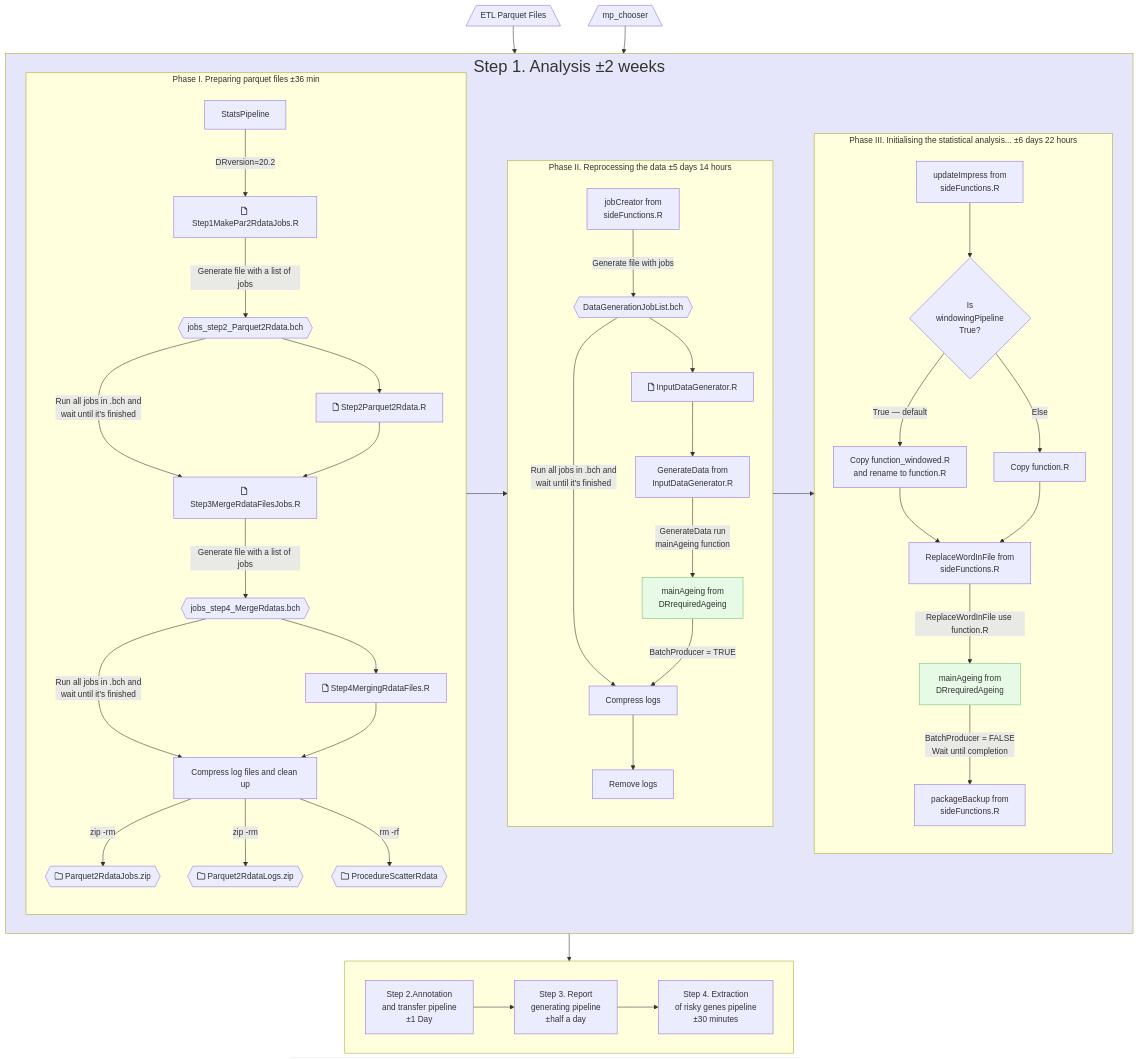
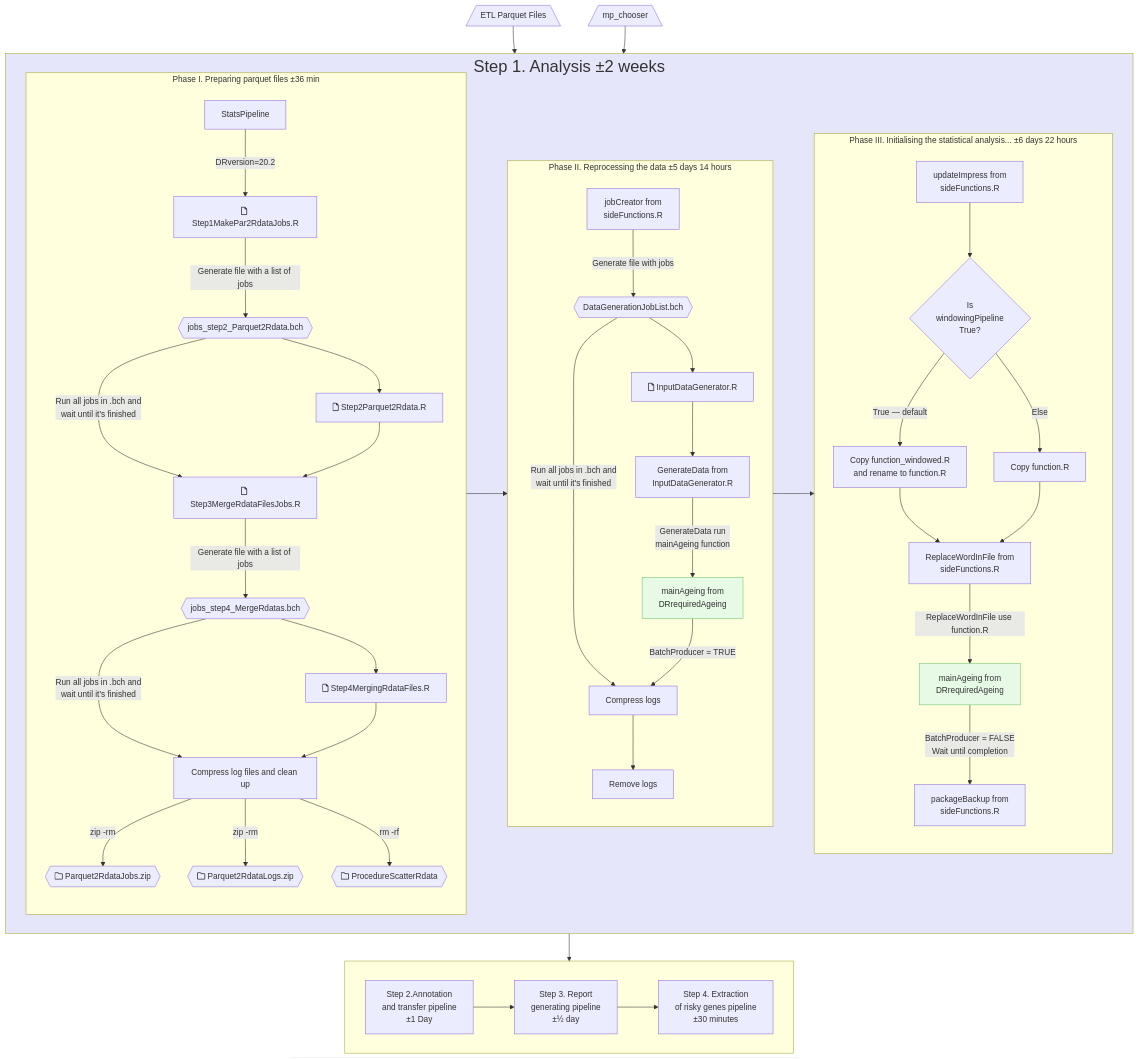
One commit to mpi2/impc_stats_pipeline changed the diagram in README.md. Above: the diagram before and after it, drawn with Mermaid. The commit also changed other lines of this file, not shown here.

````diff
--- a/README.md
+++ b/README.md
@@ -10,62 +10,62 @@
 ```mermaid
 %%{init: {
     "theme": "default",
     "themeVariables": {
         "fontSize": "15px"
         },
     'sequence': {'useMaxWidth':false} } }%%
 flowchart TB
     subgraph stats_pipeline [Step 1. Analysis ±2 weeks]
     style stats_pipeline fill:#E6E6FA
     style main_ageing fill:#E6FAE6,stroke:#6FC56D
     style main_ageing_phase3 fill:#E6FAE6,stroke:#6FC56D
     direction LR
         subgraph phase1 [Phase I. Preparing parquet files ±36 min]
             direction TB
             inputStatsPipeline[StatsPipeline]-->|DRversion=20.2| step1[far:fa-file Step1MakePar2RdataJobs.R]
             step1 --> |Generate file with a list of jobs| step2_parquet2rdata{{jobs_step2_Parquet2Rdata.bch}}
             step2_parquet2rdata --> step2[far:fa-file Step2Parquet2Rdata.R] 
             step2_parquet2rdata --> |Run all jobs in .bch and \nwait until it's finished| step3[far:fa-file Step3MergeRdataFilesJobs.R]
             step2 --> step3
             step3 --> |Generate file with a list of jobs| step4_merge_rdatas{{jobs_step4_MergeRdatas.bch}}
             step4_merge_rdatas --> step4[far:fa-file Step4MergingRdataFiles.R] 
             step4_merge_rdatas --> |Run all jobs in .bch and \nwait until it's finished| compress_cleaning[Compress log files and clean up]
             step4 --> compress_cleaning
             compress_cleaning --> |zip -rm| parquet_to_rdata_jobs{{far:fa-folder Parquet2RdataJobs.zip}}
             compress_cleaning --> |zip -rm| parquet_to_rdata_logs{{far:fa-folder Parquet2RdataLogs.zip}}
             compress_cleaning --> |rm -rf| procedure_scatter_data{{far:fa-folder ProcedureScatterRdata}}
         end
         subgraph phase2 [Phase II. Reprocessing the data ±5 days 14 hours]
             direction TB
             job_creator[jobCreator from\nsideFunctions.R] --> |Generate file with jobs| data_generation_job_list{{DataGenerationJobList.bch}}
             data_generation_job_list --> input_data_generator[far:fa-file InputDataGenerator.R]
             data_generation_job_list --> |Run all jobs in .bch and \nwait until it's finished| compress_logs[Compress logs]
             input_data_generator --> generate_data[GenerateData from\nInputDataGenerator.R] 
             generate_data --> |GenerateData run\nmainAgeing function| main_ageing[mainAgeing from\nDRrequiredAgeing]
             main_ageing --> |BatchProducer = TRUE| compress_logs
             compress_logs --> remove_logs[Remove logs]
         end
         subgraph phase3 [Phase III. Initialising the statistical analysis... ±6 days 22 hours]
             direction TB
             update_impress[updateImpress from\nsideFunctions.R] --> windowing_pipeline{Is\nwindowingPipeline\nTrue?}
             windowing_pipeline --> |True — default| window_true[Copy function_windowed.R\n and rename to function.R]
             windowing_pipeline --> |Else| window_else[Copy function.R]
             window_true --> replace_word[ReplaceWordInFile from\nsideFunctions.R]
             window_else --> replace_word
             replace_word --> |ReplaceWordInFile use function.R| main_ageing_phase3[mainAgeing from\nDRrequiredAgeing]
             main_ageing_phase3 --> |BatchProducer = FALSE\nWait until completion| package_backup[packageBackup from\nsideFunctions.R]
         end
     end
     subgraph further_steps[ ]
         direction LR
-        annotation[Step 2.Annotation\nand transfer pipeline\n±1 Day] --> report[Step 3. Report\ngenerating pipeline\n±half a day]
+        annotation[Step 2.Annotation\nand transfer pipeline\n±1 Day] --> report[Step 3. Report\ngenerating pipeline\n±½ day]
         report --> risky[Step 4. Extraction\nof risky genes pipeline\n±30 minutes]
     end
     input[/ETL Parquet Files\] --> stats_pipeline --> further_steps
     mp_chooser[/mp_chooser\] --> stats_pipeline
     phase1 --> phase2
     phase2 --> phase3
 
     classDef title font-size:30px
     class stats_pipeline title
 ```
````
